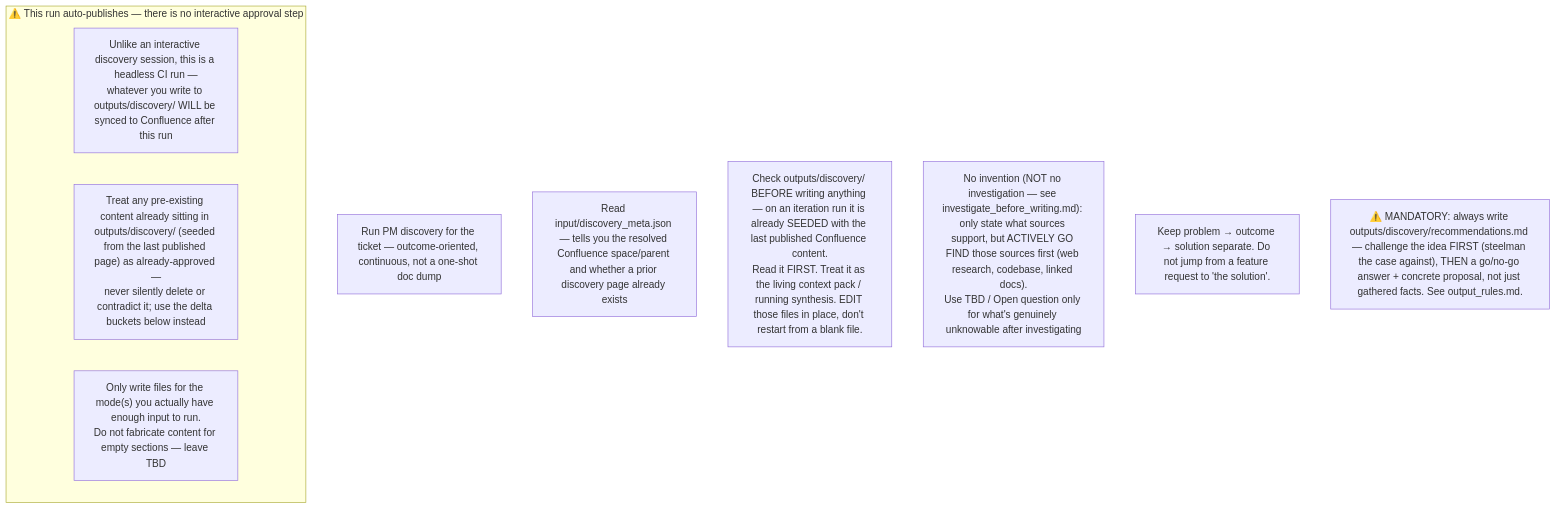
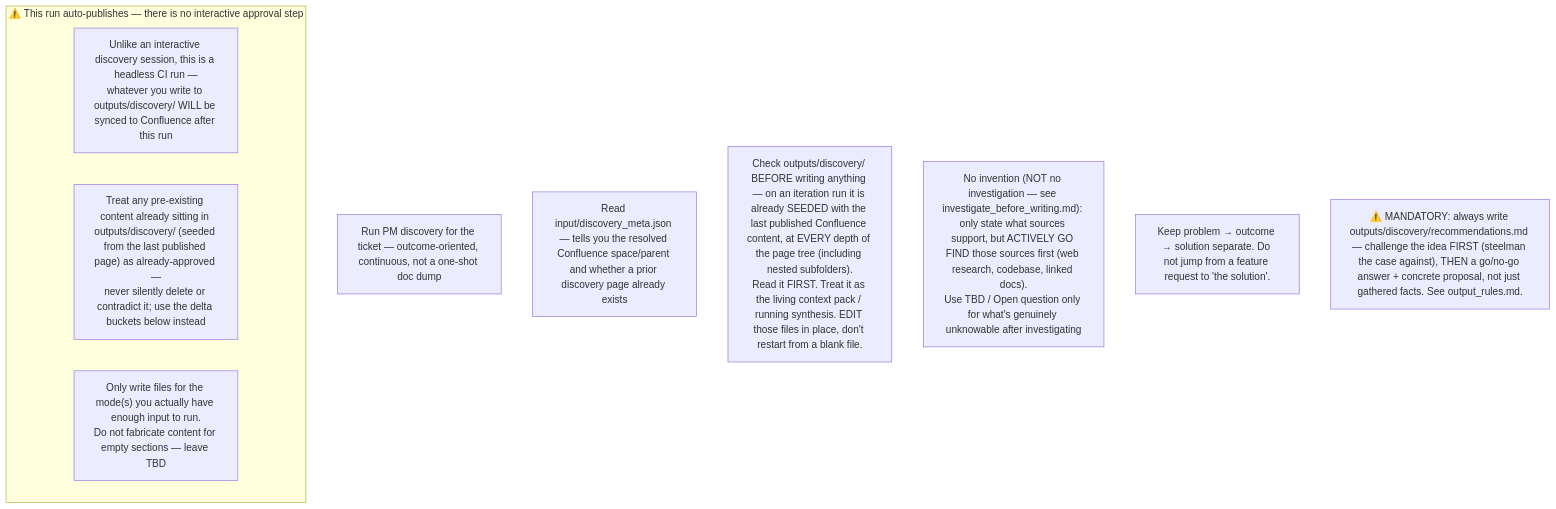
Before and after one commit to IstiN/dmtools-agents: the diagram in instructions/discovery/general_guidelines.md, drawn with Mermaid. The commit also changed other lines of this file and 7 other files, not shown here.

````diff
--- a/instructions/discovery/general_guidelines.md
+++ b/instructions/discovery/general_guidelines.md
@@ -1,15 +1,15 @@
 ```mermaid
 flowchart TD
     G1["Run PM discovery for the ticket — outcome-oriented, continuous, not a one-shot doc dump"]
     G2["Read input/discovery_meta.json — tells you the resolved Confluence space/parent and whether a prior discovery page already exists"]
-    G3["Check outputs/discovery/ BEFORE writing anything — on an iteration run it is already SEEDED with the last published Confluence content.<br/>Read it FIRST. Treat it as the living context pack / running synthesis. EDIT those files in place, don't restart from a blank file."]
+    G3["Check outputs/discovery/ BEFORE writing anything — on an iteration run it is already SEEDED with the last published Confluence content, at EVERY depth of the page tree (including nested subfolders).<br/>Read it FIRST. Treat it as the living context pack / running synthesis. EDIT those files in place, don't restart from a blank file."]
     G4["No invention (NOT no investigation — see investigate_before_writing.md): only state what sources support, but ACTIVELY GO FIND those sources first (web research, codebase, linked docs).<br/>Use TBD / Open question only for what's genuinely unknowable after investigating"]
     G5["Keep problem → outcome → solution separate. Do not jump from a feature request to 'the solution'."]
     G6["⚠️ MANDATORY: always write outputs/discovery/recommendations.md — challenge the idea FIRST (steelman the case against), THEN a go/no-go answer + concrete proposal, not just gathered facts. See output_rules.md."]
 
     subgraph AUTOPUBLISH["⚠️ This run auto-publishes — there is no interactive approval step"]
         AP1["Unlike an interactive discovery session, this is a headless CI run —<br/>whatever you write to outputs/discovery/ WILL be synced to Confluence after this run"]
         AP2["Treat any pre-existing content already sitting in outputs/discovery/ (seeded from the last published page) as already-approved —<br/>never silently delete or contradict it; use the delta buckets below instead"]
         AP3["Only write files for the mode(s) you actually have enough input to run.<br/>Do not fabricate content for empty sections — leave TBD"]
     end
 ```
````
